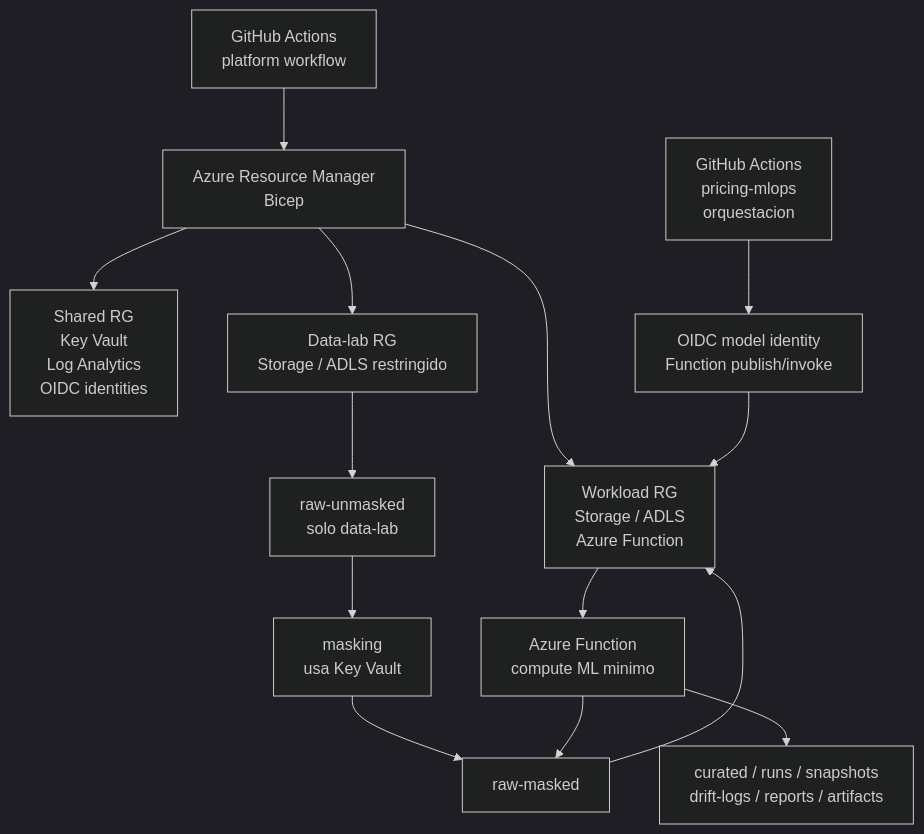
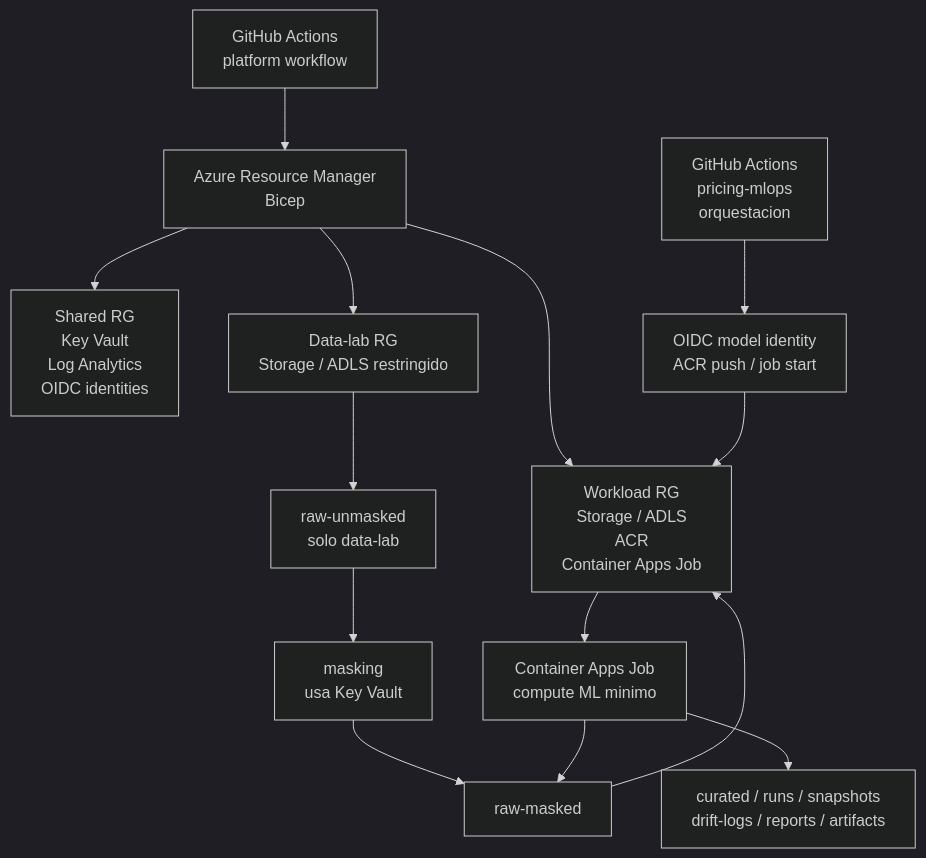
The diagram in README.md (tecmx-team46-pricing/pricing-mlops-platform), drawn with Mermaid (dark theme) before and after one commit. The commit also changed other lines of this file and 14 other files, not shown here.

Commit message:
Use Container Apps job for model compute

````diff
--- a/README.md
+++ b/README.md
@@ -17,18 +17,18 @@
 ```mermaid
 flowchart TD
   GHAPlatform["GitHub Actions<br/>platform workflow"] --> ARM["Azure Resource Manager<br/>Bicep"]
   ARM --> Shared["Shared RG<br/>Key Vault<br/>Log Analytics<br/>OIDC identities"]
-  ARM --> Workload["Workload RG<br/>Storage / ADLS<br/>Azure Function"]
+  ARM --> Workload["Workload RG<br/>Storage / ADLS<br/>ACR<br/>Container Apps Job"]
   ARM --> DataLab["Data-lab RG<br/>Storage / ADLS restringido"]
 
   DataLab --> RawUnmasked["raw-unmasked<br/>solo data-lab"]
   RawUnmasked --> Masking["masking<br/>usa Key Vault"]
   Masking --> RawMasked["raw-masked"]
   RawMasked --> Workload
 
-  GHAModel["GitHub Actions<br/>pricing-mlops<br/>orquestacion"] --> ModelIdentity["OIDC model identity<br/>Function publish/invoke"]
+  GHAModel["GitHub Actions<br/>pricing-mlops<br/>orquestacion"] --> ModelIdentity["OIDC model identity<br/>ACR push / job start"]
   ModelIdentity --> Workload
-  Workload --> AzureFunction["Azure Function<br/>compute ML minimo"]
-  AzureFunction --> RawMasked
-  AzureFunction --> Runs["curated / runs / snapshots<br/>drift-logs / reports / artifacts"]
+  Workload --> ModelJob["Container Apps Job<br/>compute ML minimo"]
+  ModelJob --> RawMasked
+  ModelJob --> Runs["curated / runs / snapshots<br/>drift-logs / reports / artifacts"]
 ```
````
